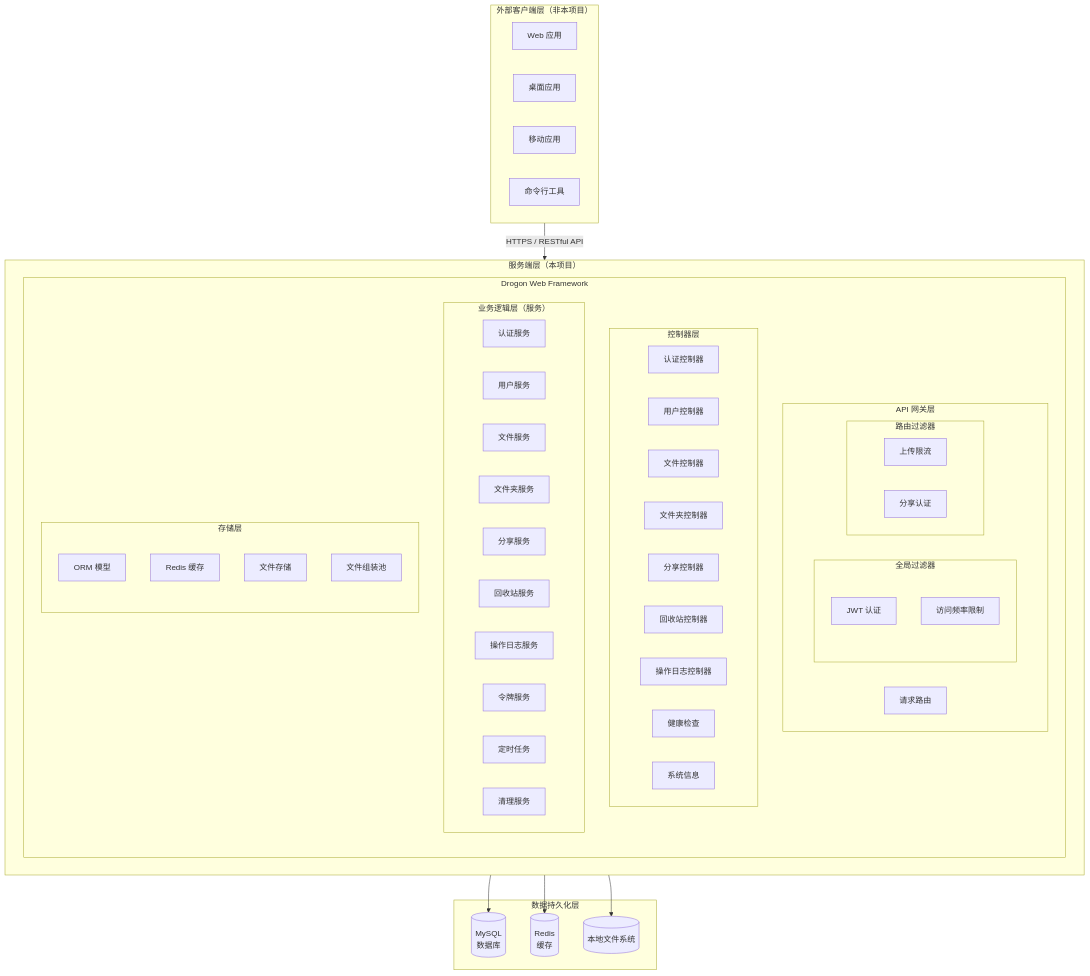
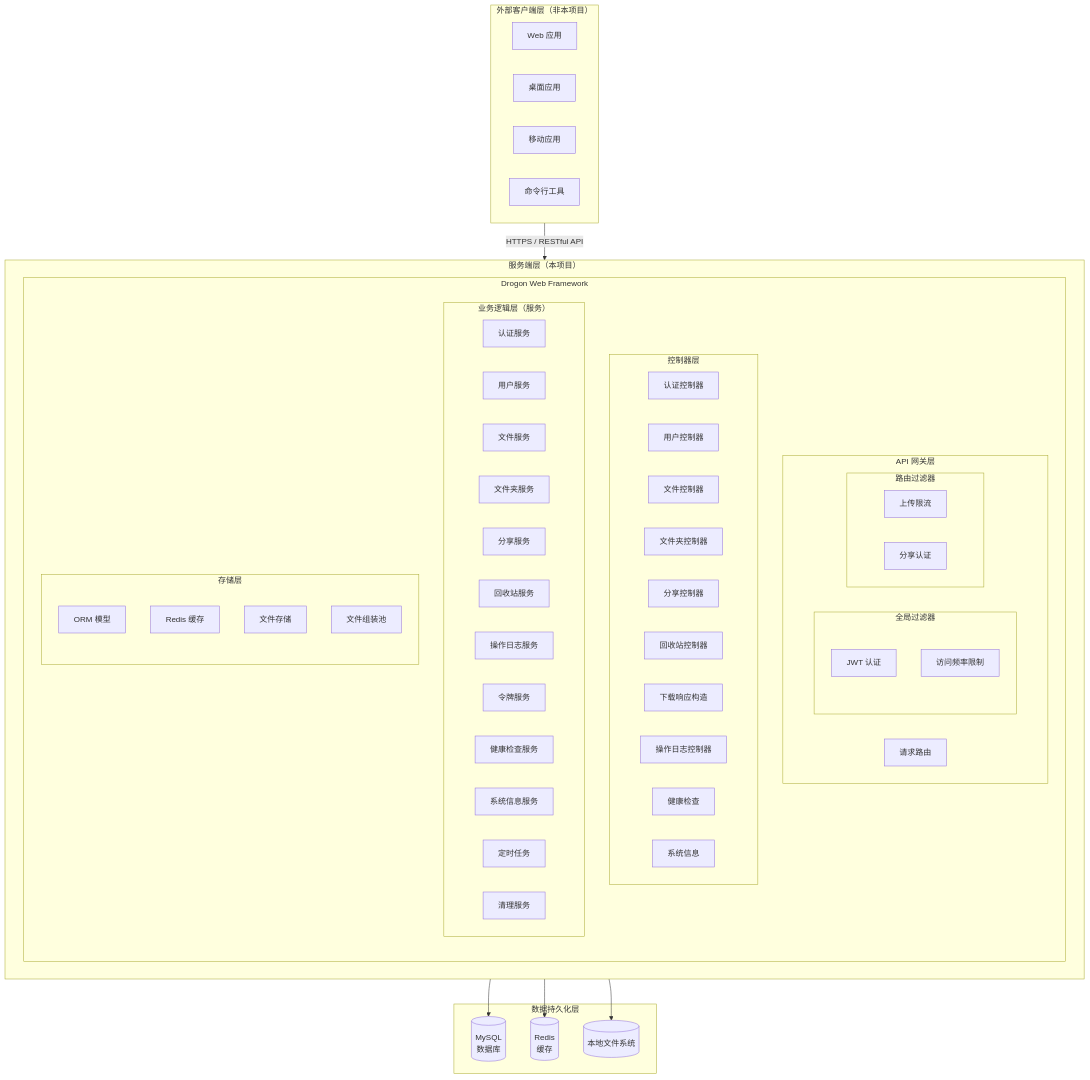
Before and after one commit to yizhinailong/disk: the first of 5 diagrams in docs/design/00-系统概述.md, drawn with Mermaid. The commit also changed 9 other files, not shown here.

````diff
--- a/docs/design/00-系统概述.md
+++ b/docs/design/00-系统概述.md
@@ -32,65 +32,68 @@
 ```mermaid
 flowchart TB
     subgraph Clients["外部客户端层（非本项目）"]
         WebApp["Web 应用"]
         Desktop["桌面应用"]
         Mobile["移动应用"]
         CLI["命令行工具"]
     end
 
     subgraph Server["服务端层（本项目）"]
         subgraph Drogon["Drogon Web Framework"]
             subgraph APIGateway["API 网关层"]
                 subgraph Filters["全局过滤器"]
                     JWT["JWT 认证"]
                     RateLimit["访问频率限制"]
                 end
                 subgraph PerRouteFilters["路由过滤器"]
                     UploadRateLimit["上传限流"]
                     ShareAuth["分享认证"]
                 end
                 Router["请求路由"]
             end
             subgraph Controllers["控制器层"]
                 AuthCtrl["认证控制器"]
                 UserCtrl["用户控制器"]
                 FileCtrl["文件控制器"]
                 FolderCtrl["文件夹控制器"]
                 ShareCtrl["分享控制器"]
                 TrashCtrl["回收站控制器"]
-                OpLogCtrl["操作日志控制器"]
+                DownloadResponder["下载响应构造"]
+                OperationLogController["操作日志控制器"]
                 HealthCtrl["健康检查"]
                 SysCtrl["系统信息"]
             end
             subgraph Business["业务逻辑层（服务）"]
                 AuthService["认证服务"]
                 UserService["用户服务"]
                 FileService["文件服务"]
                 FolderService["文件夹服务"]
                 ShareService["分享服务"]
                 TrashService["回收站服务"]
                 OpLogService["操作日志服务"]
                 TokenService["令牌服务"]
+                HealthService["健康检查服务"]
+                SystemService["系统信息服务"]
                 ScheduledTasks["定时任务"]
                 CleanupService["清理服务"]
             end
             subgraph Storage["存储层"]
                 ORM["ORM 模型"]
                 RedisCache["Redis 缓存"]
                 FileStorage["文件存储"]
                 AssemblyPool["文件组装池"]
             end
         end
     end
 
     subgraph Data["数据持久化层"]
         MySQL[("MySQL<br/>数据库")]
         Redis[("Redis<br/>缓存")]
         FileSystem[("本地文件系统")]
     end
 
     Clients -->|"HTTPS / RESTful API"| Server
     Server --> MySQL
     Server --> Redis
     Server --> FileSystem
 ```
````
